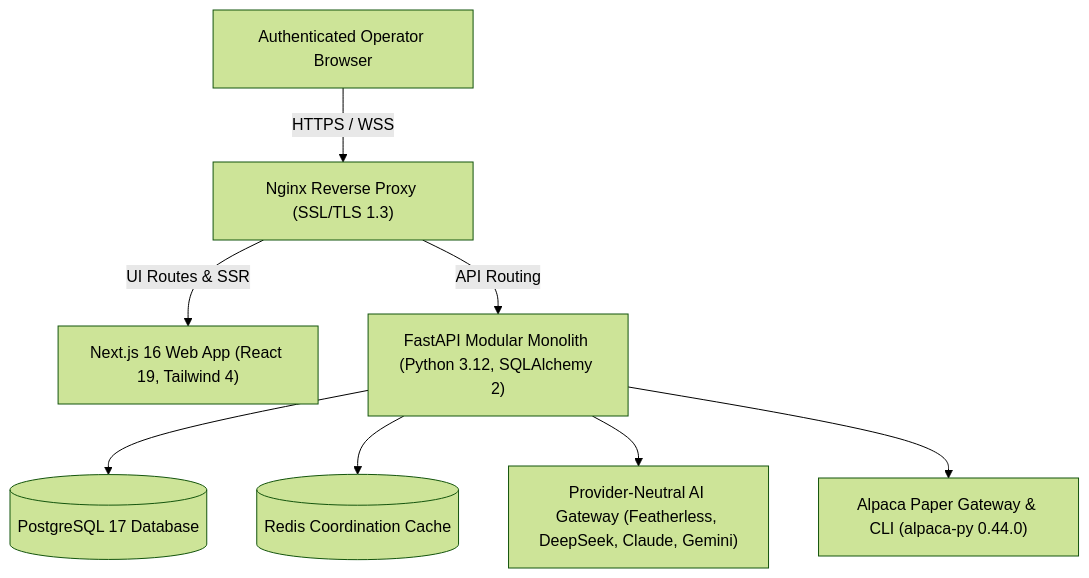
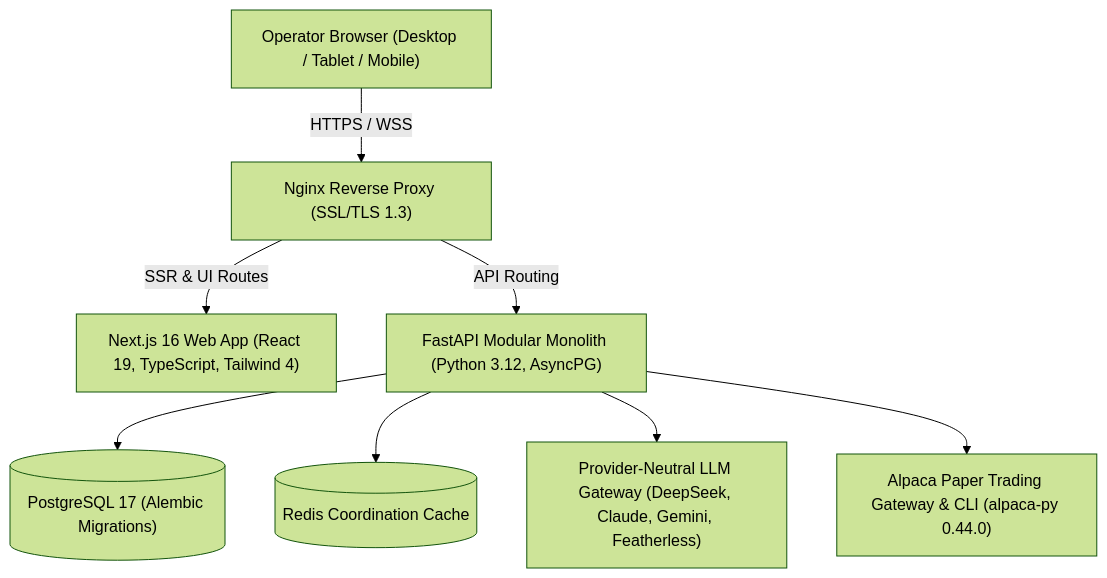
The third of 3 diagrams in README.md (MaChewwwww/PRISM), drawn with Mermaid (forest theme) before and after one commit. The commit also changed other lines of this file and 3 other files, not shown here.

````diff
--- a/README.md
+++ b/README.md
@@ -208,11 +220,11 @@
 ```mermaid
 flowchart TD
-    Client["Authenticated Operator Browser"] -->|HTTPS / WSS| Proxy["Nginx Reverse Proxy (SSL/TLS 1.3)"]
-    Proxy -->|UI Routes & SSR| Next["Next.js 16 Web App (React 19, Tailwind 4)"]
-    Proxy -->|API Routing| API["FastAPI Modular Monolith (Python 3.12, SQLAlchemy 2)"]
+    Browser["Operator Browser (Desktop / Tablet / Mobile)"] -->|HTTPS / WSS| Nginx["Nginx Reverse Proxy (SSL/TLS 1.3)"]
+    Nginx -->|SSR & UI Routes| Next["Next.js 16 Web App (React 19, TypeScript, Tailwind 4)"]
+    Nginx -->|API Routing| Fast["FastAPI Modular Monolith (Python 3.12, AsyncPG)"]
     
-    API --> DB[("PostgreSQL 17 Database")]
-    API --> Cache[("Redis Coordination Cache")]
-    API --> LLM["Provider-Neutral AI Gateway (Featherless, DeepSeek, Claude, Gemini)"]
-    API --> Alpaca["Alpaca Paper Gateway & CLI (alpaca-py 0.44.0)"]
+    Fast --> PG[("PostgreSQL 17 (Alembic Migrations)")]
+    Fast --> Redis[("Redis Coordination Cache")]
+    Fast --> AI["Provider-Neutral LLM Gateway (DeepSeek, Claude, Gemini, Featherless)"]
+    Fast --> Alpaca["Alpaca Paper Trading Gateway & CLI (alpaca-py 0.44.0)"]
 ```
````
